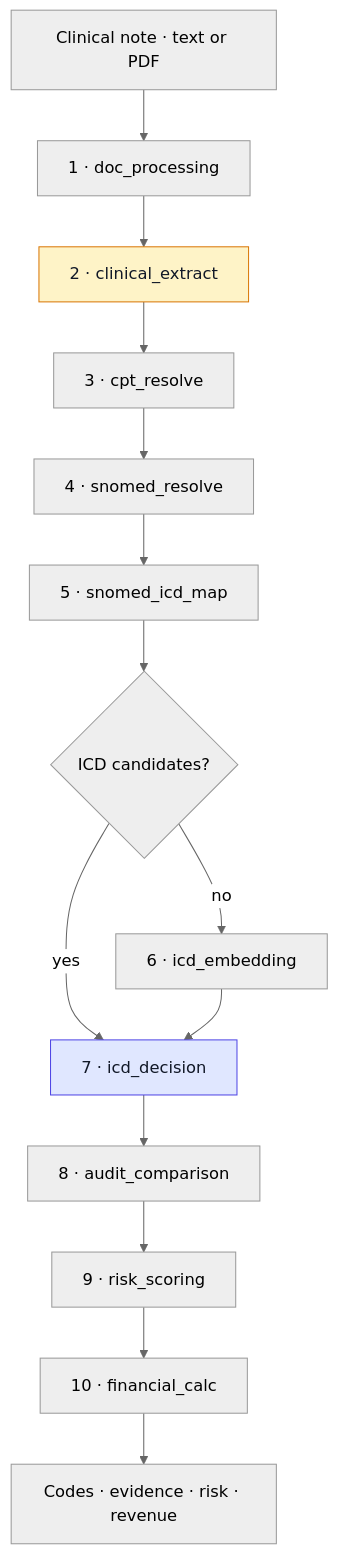
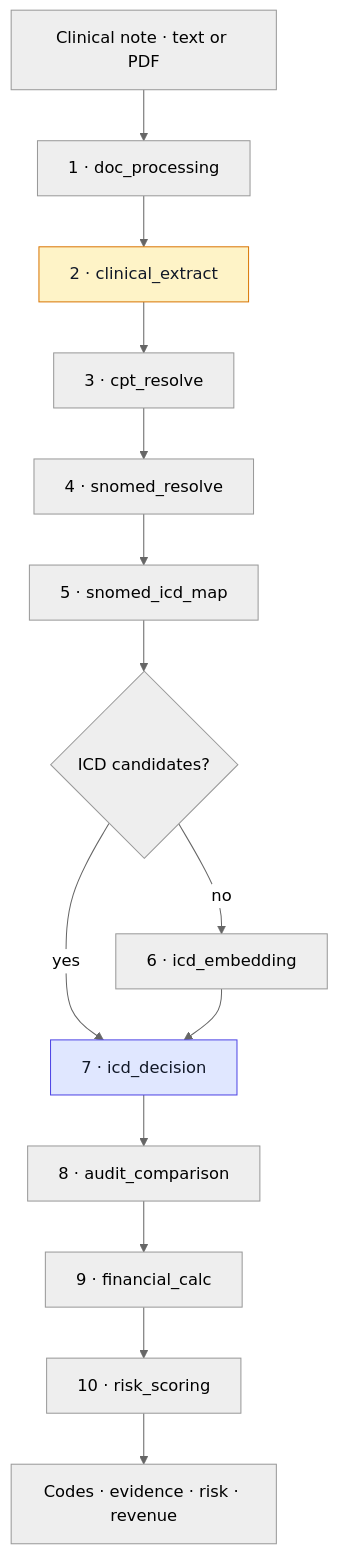
One commit to NandaKishore2424/integronix changed the second of 2 diagrams in README.md. Above: the diagram before and after it, drawn with Mermaid (neutral theme). The commit also changed other lines of this file and 15 other files, not shown here.

````diff
--- a/README.md
+++ b/README.md
@@ -76,21 +76,21 @@
 ```mermaid
 flowchart TD
     note["Clinical note · text or PDF"] --> n1["1 · doc_processing"]
     n1 --> n2["2 · clinical_extract"]
     n2 --> n3["3 · cpt_resolve"]
     n3 --> n4["4 · snomed_resolve"]
     n4 --> n5["5 · snomed_icd_map"]
     n5 --> q{"ICD candidates?"}
     q -->|yes| n7["7 · icd_decision"]
     q -->|no| n6["6 · icd_embedding"]
     n6 --> n7
     n7 --> n8["8 · audit_comparison"]
-    n8 --> n9["9 · risk_scoring"]
-    n9 --> n10["10 · financial_calc"]
+    n8 --> n9["9 · financial_calc"]
+    n9 --> n10["10 · risk_scoring"]
     n10 --> out["Codes · evidence · risk · revenue"]
 
     classDef llm fill:#fef3c7,stroke:#d97706,color:#111827
     classDef decision fill:#e0e7ff,stroke:#4f46e5,color:#111827
     class n2 llm
     class n7 decision
 ```
````
